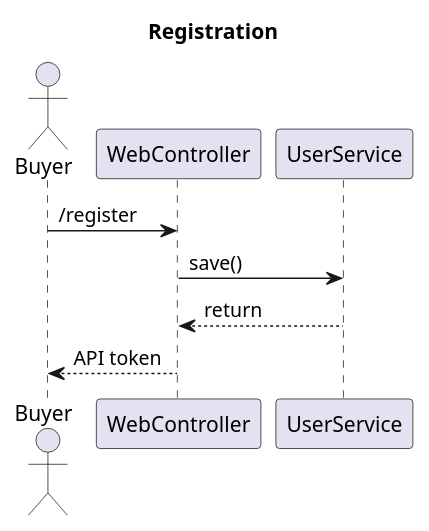
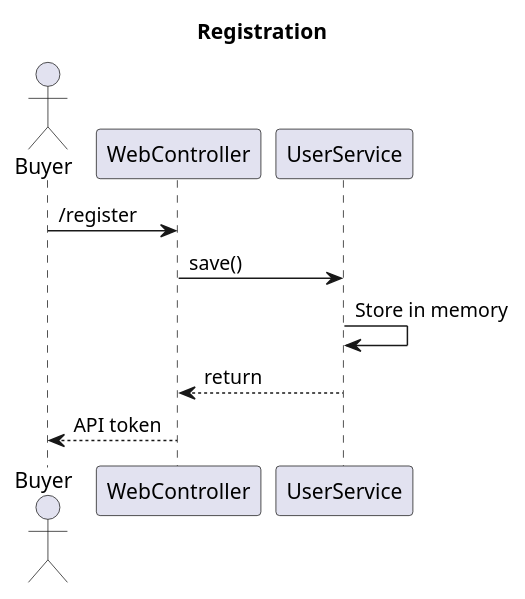
One commit to bladewheels/GildedRoseAPI changed the diagram in src/main/resources/seq.register.puml. Above: the diagram before and after it, drawn with PlantUML.

```diff
--- a/src/main/resources/seq.register.puml
+++ b/src/main/resources/seq.register.puml
@@ -1,9 +1,10 @@
 @startuml
 title Registration
 actor Buyer
 
 Buyer -> WebController : /register
 WebController -> UserService : save()
+UserService -> UserService: Store in memory
 WebController <-- UserService : return
 Buyer <-- WebController : API token
 @enduml
```
